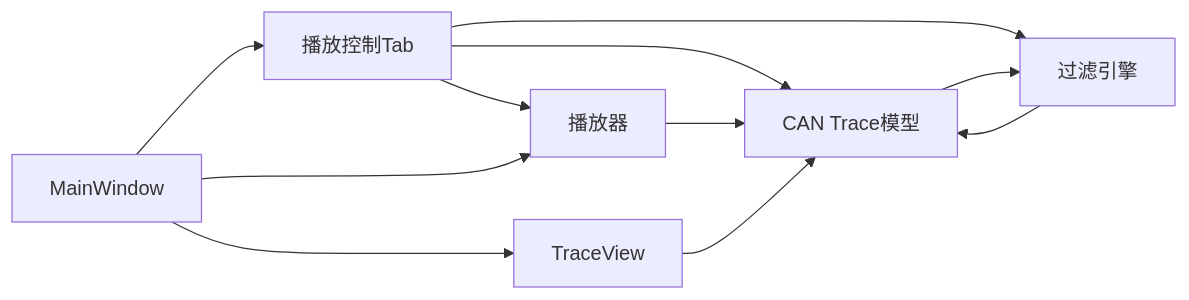
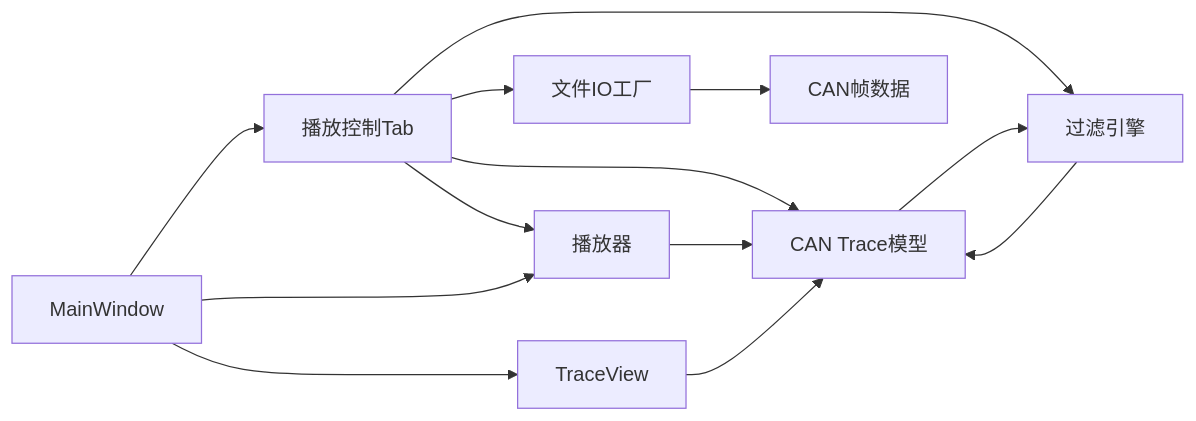
Before and after one commit to jakecai1225-design/OpenBus: the seventh of 7 diagrams in .qoder/repowiki/zh/content/架构设计/UI系统设计/播放控制Tab组件.md, drawn with Mermaid. The commit also changed other lines of this file and 15 other files, not shown here.

````diff
--- a/.qoder/repowiki/zh/content/架构设计/UI系统设计/播放控制Tab组件.md
+++ b/.qoder/repowiki/zh/content/架构设计/UI系统设计/播放控制Tab组件.md
@@ -462,13 +512,15 @@
 ```mermaid
 graph LR
 PlaybackTab["播放控制Tab"] --> Player["播放器"]
 PlaybackTab --> FilterEngine["过滤引擎"]
 PlaybackTab --> TraceModel["CAN Trace模型"]
+PlaybackTab --> FileIOFactory["文件IO工厂"]
 Player --> TraceModel
 FilterEngine --> TraceModel
 TraceModel --> FilterEngine
 MainWindow --> PlaybackTab
 MainWindow --> TraceView
 MainWindow --> Player
 TraceView --> TraceModel
+FileIOFactory --> CanFrame["CAN帧数据"]
 ```
````
